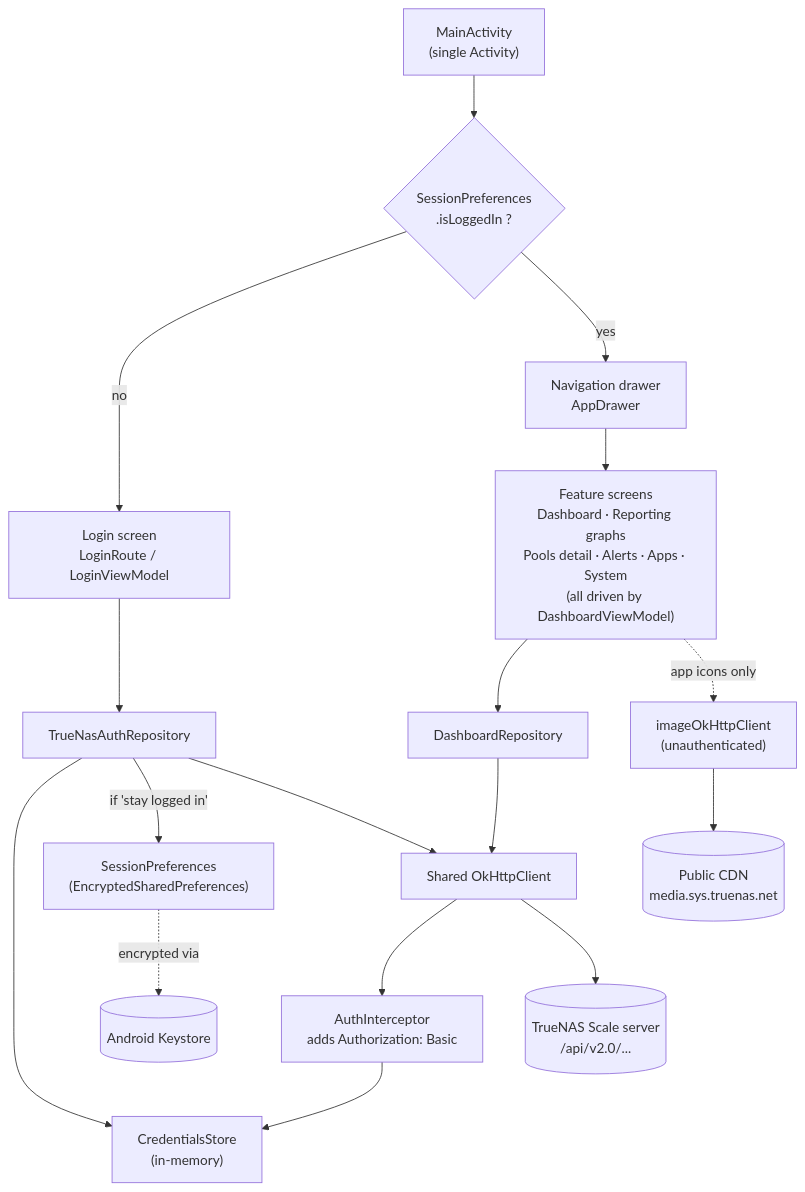
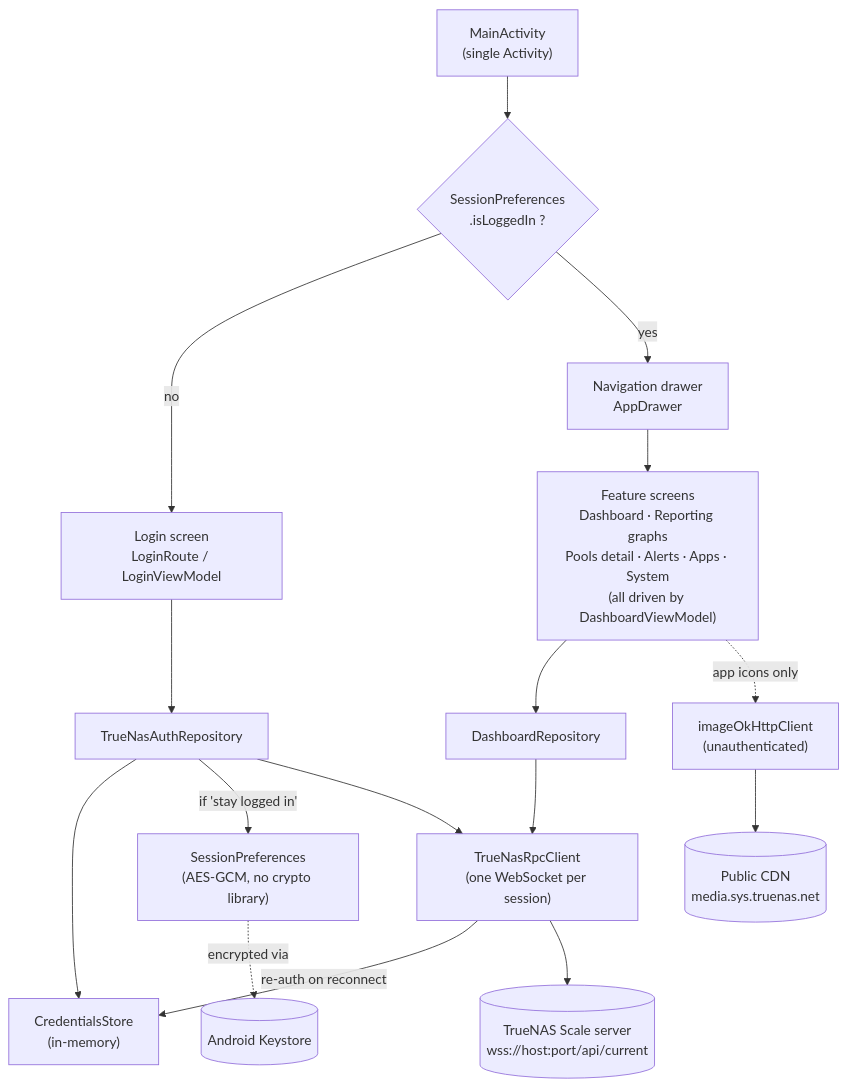
Before and after one commit to naorleizer/Nas-Manager-App: the diagram in README.md, drawn with Mermaid. The commit also changed other lines of this file and 2 other files, not shown here.

Commit message:
Docs: WebSocket JSON-RPC migration (README, CLAUDE.md, WS_MIGRATION.md)

````diff
--- a/README.md
+++ b/README.md
@@ -17,24 +19,23 @@
 ```mermaid
 graph TB
     MainActivity["MainActivity<br/>(single Activity)"] --> IsLoggedIn{"SessionPreferences<br/>.isLoggedIn ?"}
     IsLoggedIn -->|no| LoginScreen["Login screen<br/>LoginRoute / LoginViewModel"]
     IsLoggedIn -->|yes| Drawer["Navigation drawer<br/>AppDrawer"]
     Drawer --> FeatureScreens["Feature screens<br/>Dashboard · Reporting graphs<br/>Pools detail · Alerts · Apps · System<br/>(all driven by DashboardViewModel)"]
 
     LoginScreen --> AuthRepo["TrueNasAuthRepository"]
     FeatureScreens --> DashRepo["DashboardRepository"]
 
     AuthRepo --> CredStore["CredentialsStore<br/>(in-memory)"]
-    AuthRepo -->|"if 'stay logged in'"| SessionPrefs["SessionPreferences<br/>(EncryptedSharedPreferences)"]
-    AuthRepo --> OkHttp["Shared OkHttpClient"]
-    DashRepo --> OkHttp
+    AuthRepo -->|"if 'stay logged in'"| SessionPrefs["SessionPreferences<br/>(AES-GCM, no crypto library)"]
+    AuthRepo --> Rpc["TrueNasRpcClient<br/>(one WebSocket per session)"]
+    DashRepo --> Rpc
+    Rpc -->|"re-auth on reconnect"| CredStore
 
-    OkHttp --> AuthInterceptor["AuthInterceptor<br/>adds Authorization: Basic"]
-    AuthInterceptor --> CredStore
-    OkHttp --> TrueNAS[("TrueNAS Scale server<br/>/api/v2.0/...")]
+    Rpc --> TrueNAS[("TrueNAS Scale server<br/>wss://host:port/api/current")]
 
     FeatureScreens -. app icons only .-> ImageClient["imageOkHttpClient<br/>(unauthenticated)"]
     ImageClient --> CDN[("Public CDN<br/>media.sys.truenas.net")]
 
     SessionPrefs -. encrypted via .-> Keystore[("Android Keystore")]
 ```
````
